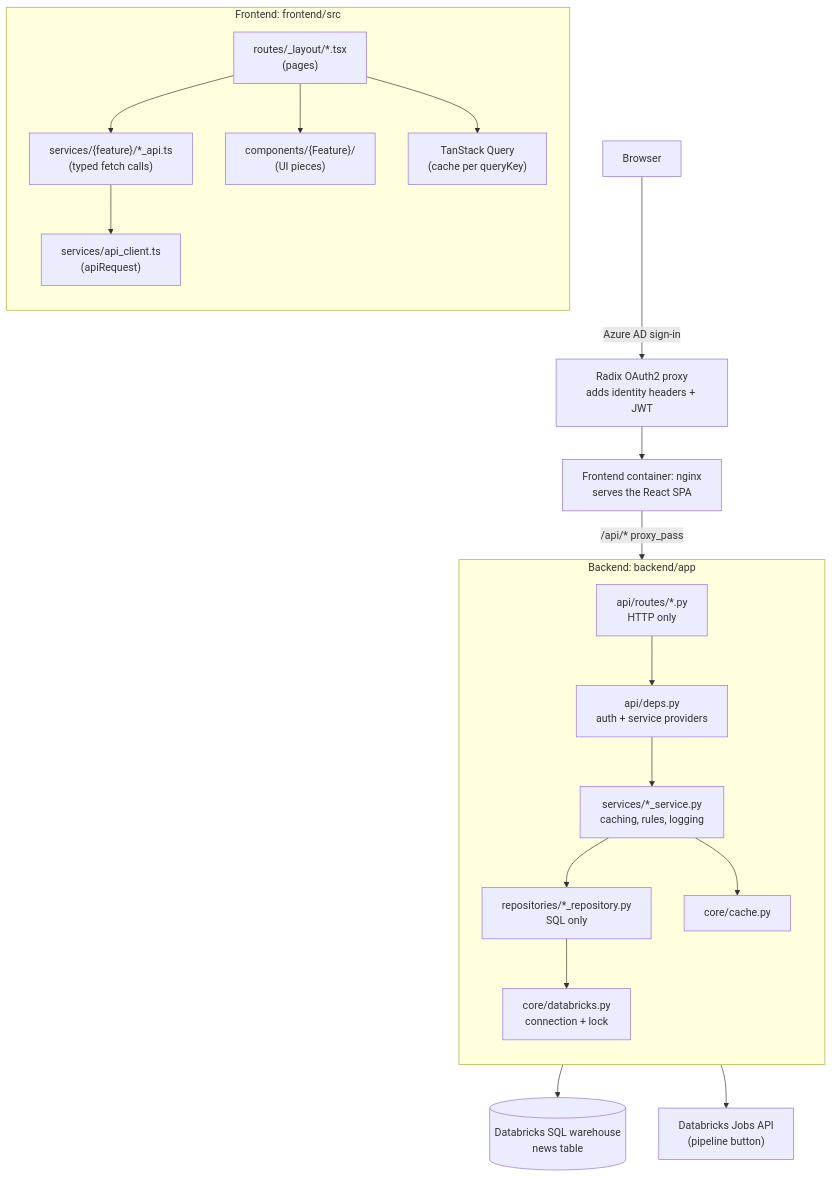
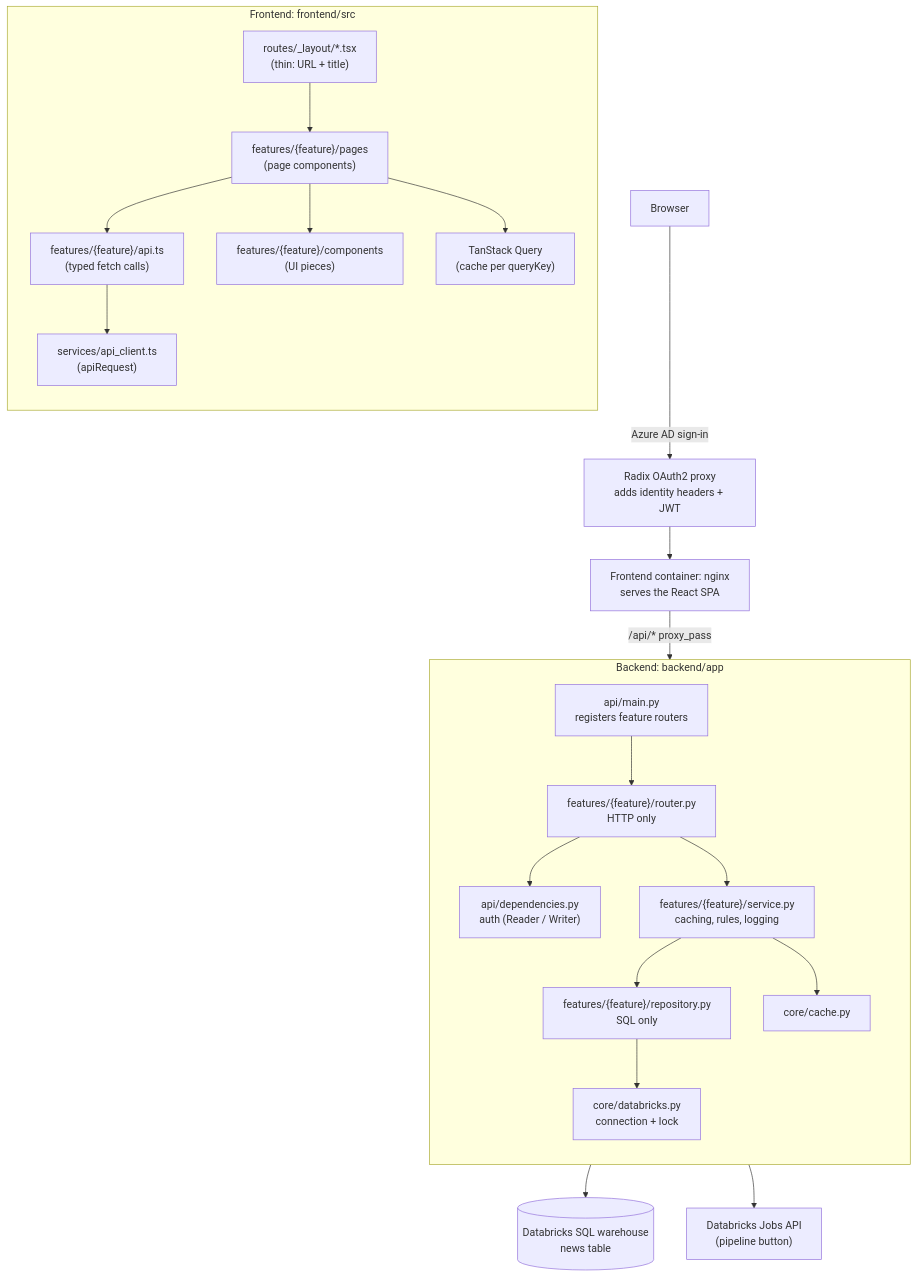
One commit to equinor/lng-trading-app changed the first of 4 diagrams in README.md. Above: the diagram before and after it, drawn with Mermaid. The commit also changed other lines of this file and 74 other files, not shown here.

Commit message:
refactor architecture

````diff
--- a/README.md
+++ b/README.md
@@ -102,26 +102,28 @@
 ```mermaid
 flowchart TB
     U["Browser"] -->|"Azure AD sign-in"| RP["Radix OAuth2 proxy<br/>adds identity headers + JWT"]
     RP --> NG["Frontend container: nginx<br/>serves the React SPA"]
     NG -->|"/api/* proxy_pass"| API
 
     subgraph FE["Frontend: frontend/src"]
         direction TB
-        RT["routes/_layout/*.tsx<br/>(pages)"] --> SV["services/{feature}/*_api.ts<br/>(typed fetch calls)"]
+        RT["routes/_layout/*.tsx<br/>(thin: URL + title)"] --> PG["features/{feature}/pages<br/>(page components)"]
+        PG --> SV["features/{feature}/api.ts<br/>(typed fetch calls)"]
         SV --> AC["services/api_client.ts<br/>(apiRequest)"]
-        RT --> CMP["components/{Feature}/<br/>(UI pieces)"]
-        RT --> TQ["TanStack Query<br/>(cache per queryKey)"]
+        PG --> CMP["features/{feature}/components<br/>(UI pieces)"]
+        PG --> TQ["TanStack Query<br/>(cache per queryKey)"]
     end
 
     subgraph API["Backend: backend/app"]
         direction TB
-        R["api/routes/*.py<br/>HTTP only"] --> DEP["api/deps.py<br/>auth + service providers"]
-        DEP --> S["services/*_service.py<br/>caching, rules, logging"]
-        S --> REP["repositories/*_repository.py<br/>SQL only"]
+        M["api/main.py<br/>registers feature routers"] --> R["features/{feature}/router.py<br/>HTTP only"]
+        R --> DEP["api/dependencies.py<br/>auth (Reader / Writer)"]
+        R --> S["features/{feature}/service.py<br/>caching, rules, logging"]
+        S --> REP["features/{feature}/repository.py<br/>SQL only"]
         REP --> DBX["core/databricks.py<br/>connection + lock"]
         S --> C["core/cache.py"]
     end
 
     DBX --> T[("Databricks SQL warehouse<br/>news table")]
     API --> J["Databricks Jobs API<br/>(pipeline button)"]
 ```
````
